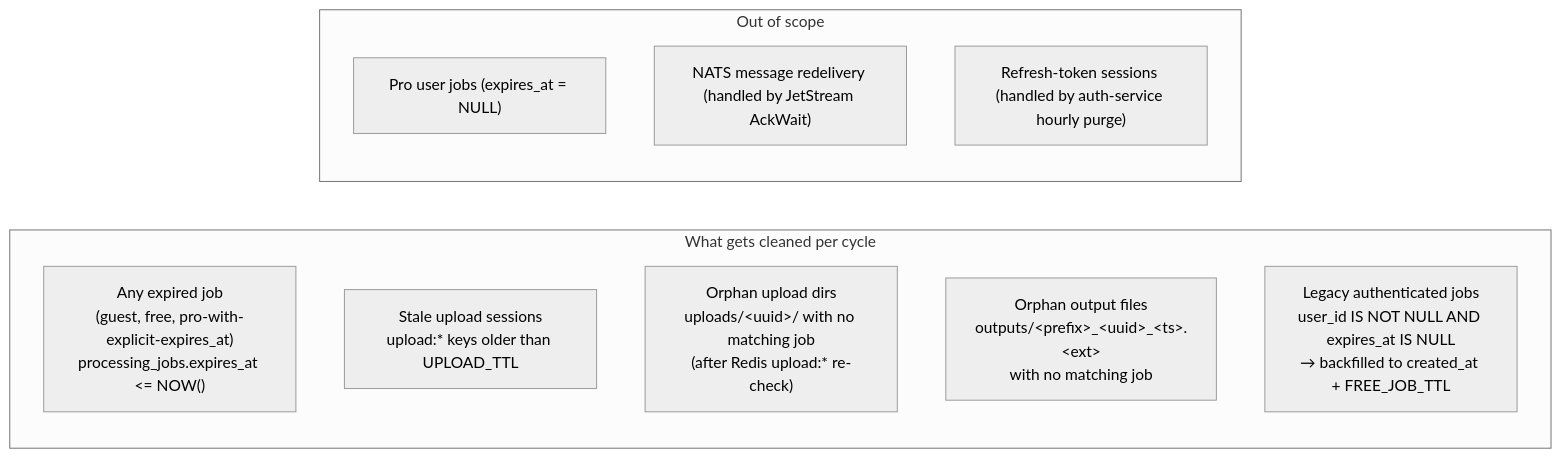
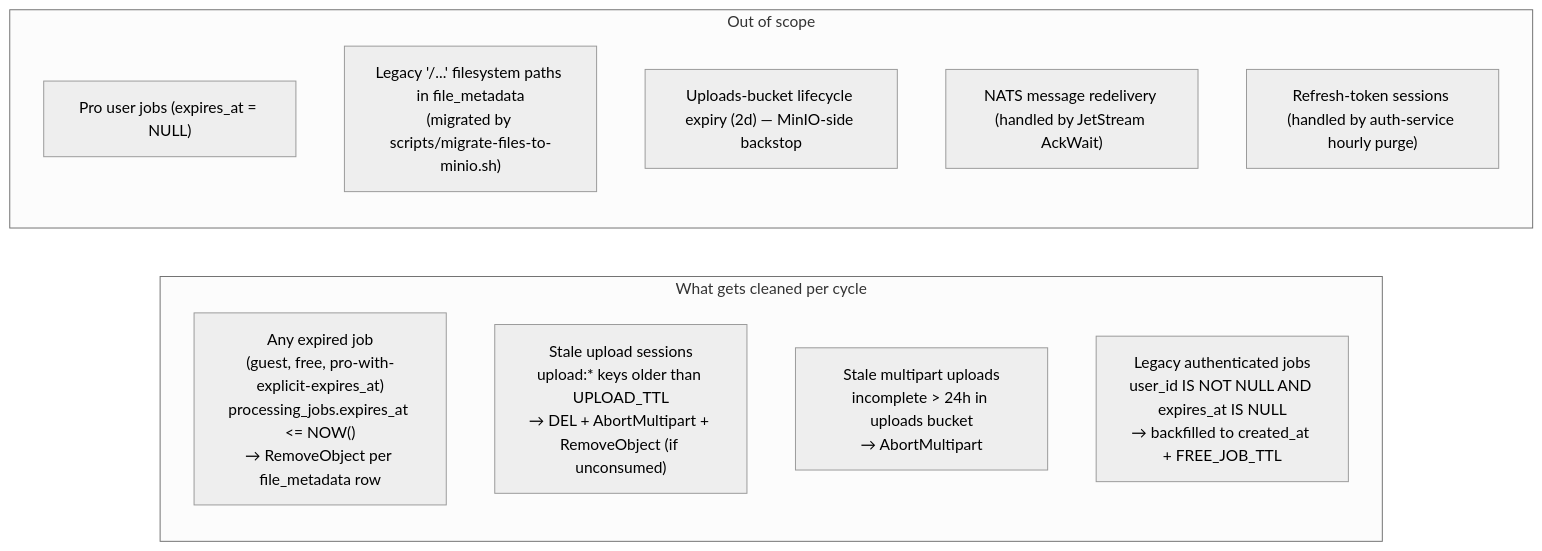
One commit to Prachidubey2003/fyredocs_backend changed the second of 4 diagrams in docs/developer/mermaid/service-cleanup-worker-architecture.md. Above: the diagram before and after it, drawn with Mermaid (neutral theme). The commit also changed other lines of this file and 84 other files, not shown here.

First line of the commit message:
feat(natsconn): add JetStream stream configurations and ensure streams function

````diff
--- a/docs/developer/mermaid/service-cleanup-worker-architecture.md
+++ b/docs/developer/mermaid/service-cleanup-worker-architecture.md
@@ -77,16 +76,17 @@
 ```mermaid
 graph LR
     subgraph Targets["What gets cleaned per cycle"]
-        A["Any expired job<br/>(guest, free, pro-with-explicit-expires_at)<br/>processing_jobs.expires_at <= NOW()"]
-        B["Stale upload sessions<br/>upload:* keys older than UPLOAD_TTL"]
-        C["Orphan upload dirs<br/>uploads/&lt;uuid&gt;/ with no matching job<br/>(after Redis upload:* re-check)"]
-        D["Orphan output files<br/>outputs/&lt;prefix&gt;_&lt;uuid&gt;_&lt;ts&gt;.&lt;ext&gt;<br/>with no matching job"]
-        E["Legacy authenticated jobs<br/>user_id IS NOT NULL AND expires_at IS NULL<br/>→ backfilled to created_at + FREE_JOB_TTL"]
+        A["Any expired job<br/>(guest, free, pro-with-explicit-expires_at)<br/>processing_jobs.expires_at <= NOW()<br/>→ RemoveObject per file_metadata row"]
+        B["Stale upload sessions<br/>upload:* keys older than UPLOAD_TTL<br/>→ DEL + AbortMultipart + RemoveObject (if unconsumed)"]
+        C["Stale multipart uploads<br/>incomplete > 24h in uploads bucket<br/>→ AbortMultipart"]
+        D["Legacy authenticated jobs<br/>user_id IS NOT NULL AND expires_at IS NULL<br/>→ backfilled to created_at + FREE_JOB_TTL"]
     end
 
     subgraph NotCleaned["Out of scope"]
-        F["Pro user jobs (expires_at = NULL)"]
-        G["NATS message redelivery (handled by JetStream AckWait)"]
-        H["Refresh-token sessions (handled by auth-service hourly purge)"]
+        E["Pro user jobs (expires_at = NULL)"]
+        F["Legacy '/...' filesystem paths in file_metadata<br/>(migrated by scripts/migrate-files-to-minio.sh)"]
+        G["Uploads-bucket lifecycle expiry (2d) — MinIO-side backstop"]
+        H["NATS message redelivery (handled by JetStream AckWait)"]
+        I["Refresh-token sessions (handled by auth-service hourly purge)"]
     end
 ```
````
